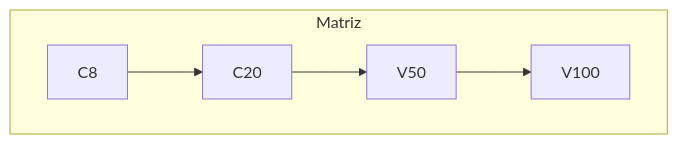
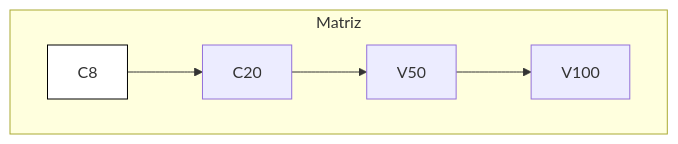
Before and after one commit to Leandro-dsm/graficoGantt: the fourth of 4 diagrams in README.md, drawn with Mermaid.

````diff
--- a/README.md
+++ b/README.md
@@ -29,6 +29,8 @@
 ```mermaid
 graph TD
    subgraph Matriz
 A1["C8"]:::branco --> A2["C20"]:::amarelo --> A3["V50"]:::laranja --> A4["V100"]:::vermelho
     end
+
+classDef branco fill:#fff, stroke:#000, stroke-width:1px;
 ```
````
